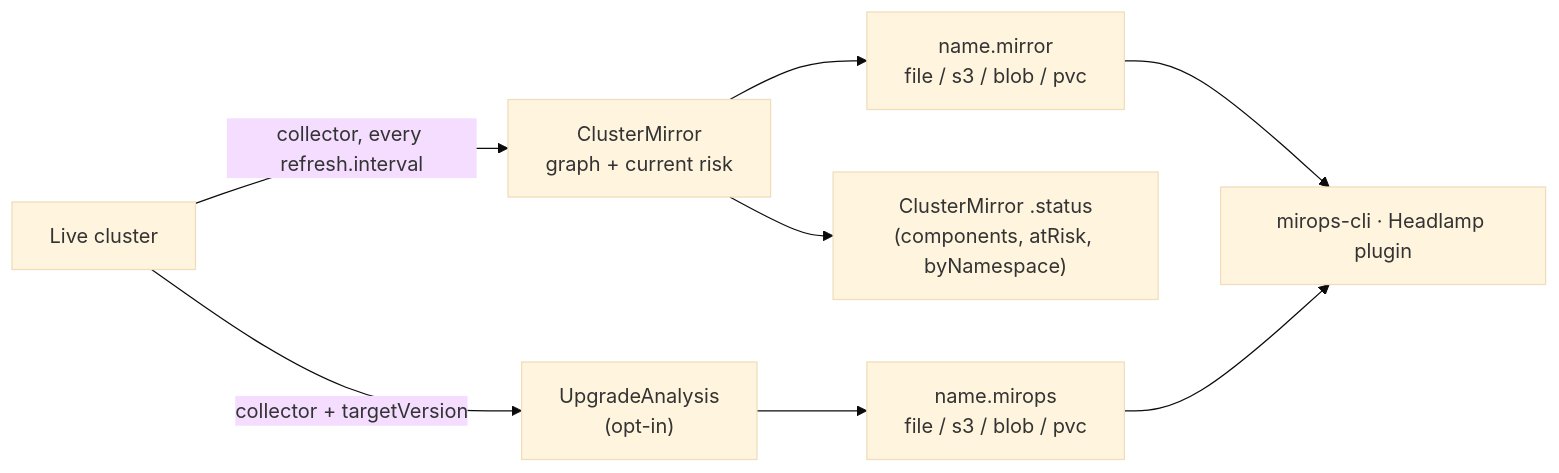
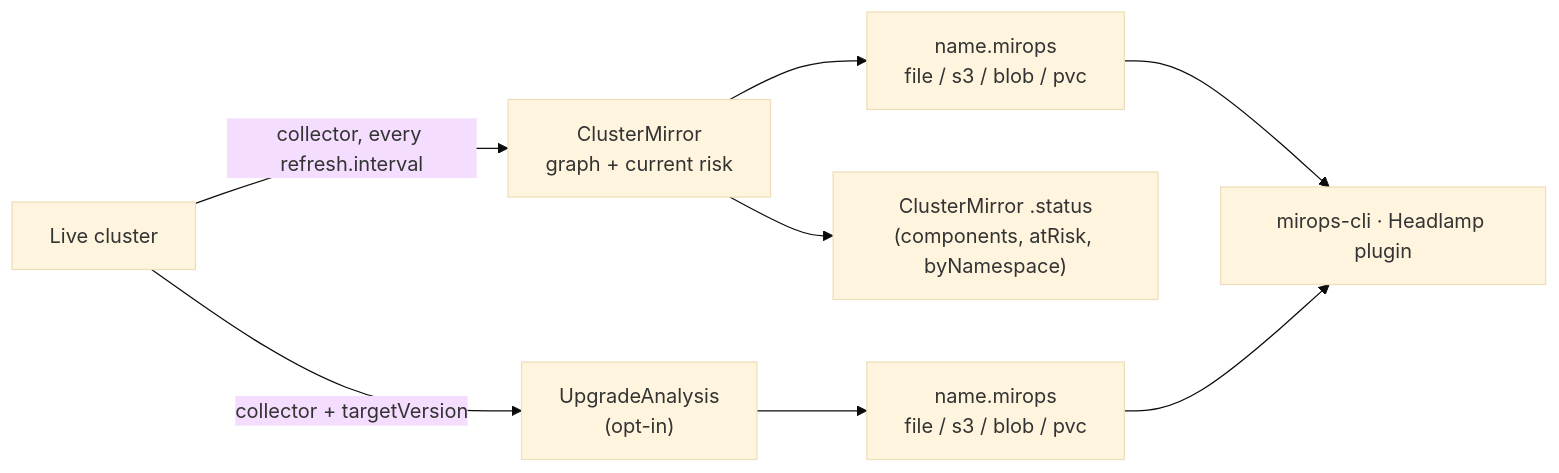
Before and after one commit to miropshq/mirops: the second of 4 diagrams in README.md, drawn with Mermaid (base theme). The commit also changed other lines of this file and 7 other files, not shown here.

First line of the commit message:
fix: write ClusterMirror reports as .mirops, as the CRD documents (#21)

````diff
--- a/README.md
+++ b/README.md
@@ -59,10 +60,10 @@
 ```mermaid
 flowchart LR
     A["Live cluster"] -->|collector, every refresh.interval| M["ClusterMirror<br/>graph + current risk"]
-    M --> R1["name.mirror<br/>file / s3 / blob / pvc"]
+    M --> R1["name.mirops<br/>file / s3 / blob / pvc"]
     M --> S1["ClusterMirror .status<br/>(components, atRisk, byNamespace)"]
     A -->|collector + targetVersion| U["UpgradeAnalysis<br/>(opt-in)"]
     U --> R2["name.mirops<br/>file / s3 / blob / pvc"]
     R1 --> C["mirops-cli · Headlamp plugin"]
     R2 --> C
 ```
````
